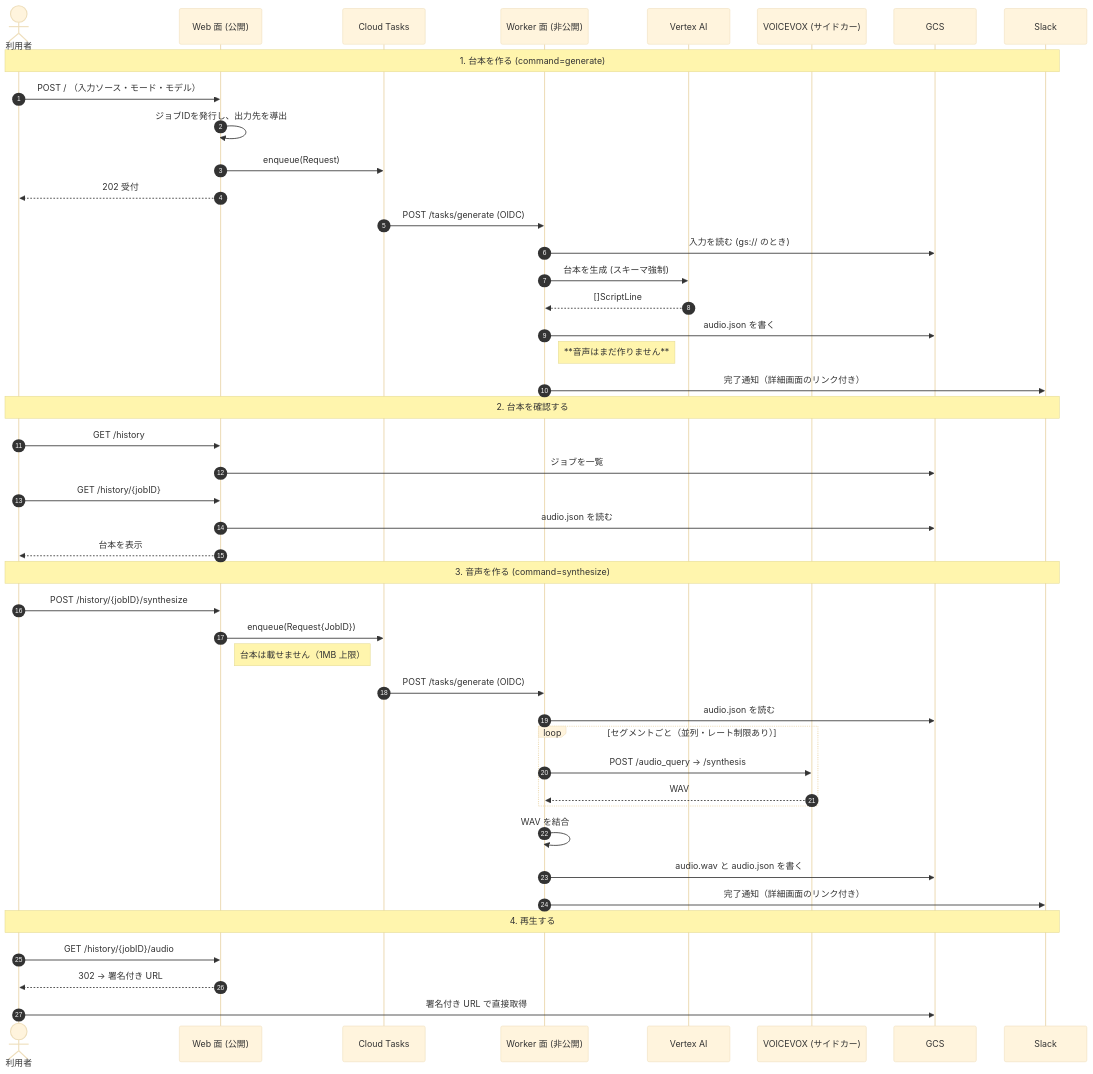
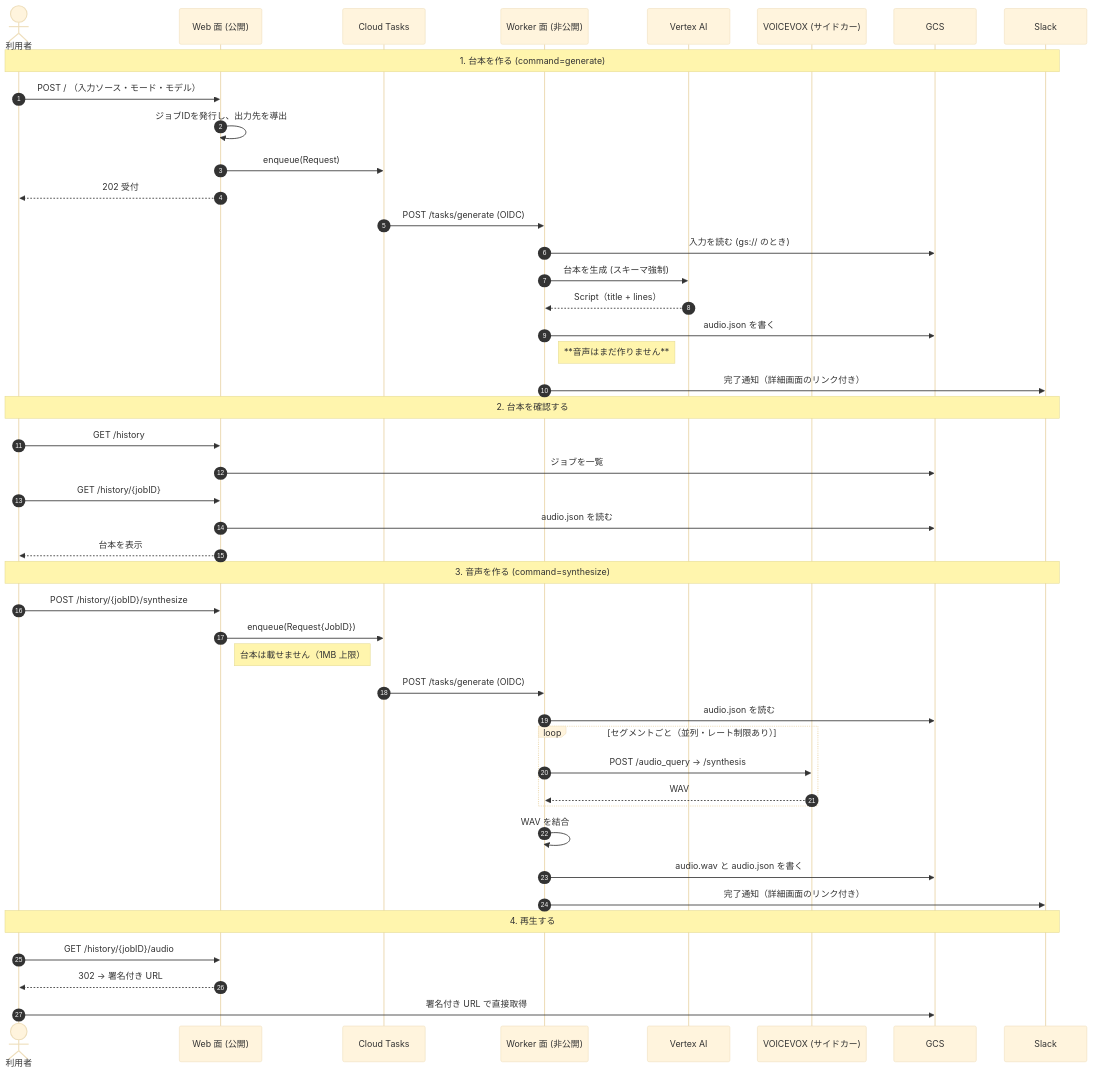
The diagram in README.md (shouni/ap-voice), drawn with Mermaid (base theme) before and after one commit. The commit also changed other lines of this file and 2 other files, not shown here.

````diff
--- a/README.md
+++ b/README.md
@@ -149,51 +149,51 @@
 ```mermaid
 sequenceDiagram
     autonumber
     actor User as 利用者
     participant Web as Web 面 (公開)
     participant Tasks as Cloud Tasks
     participant Worker as Worker 面 (非公開)
     participant Gemini as Vertex AI
     participant Engine as VOICEVOX (サイドカー)
     participant Store as GCS
     participant Slack as Slack
 
     Note over User, Slack: 1. 台本を作る (command=generate)
     User->>Web: POST / （入力ソース・モード・モデル）
     Web->>Web: ジョブIDを発行し、出力先を導出
     Web->>Tasks: enqueue(Request)
     Web-->>User: 202 受付
     Tasks->>Worker: POST /tasks/generate (OIDC)
     Worker->>Store: 入力を読む (gs:// のとき)
     Worker->>Gemini: 台本を生成 (スキーマ強制)
-    Gemini-->>Worker: []ScriptLine
+    Gemini-->>Worker: Script（title + lines）
     Worker->>Store: audio.json を書く
     Note right of Worker: **音声はまだ作りません**
     Worker->>Slack: 完了通知（詳細画面のリンク付き）
 
     Note over User, Slack: 2. 台本を確認する
     User->>Web: GET /history
     Web->>Store: ジョブを一覧
     User->>Web: GET /history/{jobID}
     Web->>Store: audio.json を読む
     Web-->>User: 台本を表示
 
     Note over User, Slack: 3. 音声を作る (command=synthesize)
     User->>Web: POST /history/{jobID}/synthesize
     Web->>Tasks: enqueue(Request{JobID})
     Note right of Web: 台本は載せません（1MB 上限）
     Tasks->>Worker: POST /tasks/generate (OIDC)
     Worker->>Store: audio.json を読む
     loop セグメントごと（並列・レート制限あり）
         Worker->>Engine: POST /audio_query → /synthesis
         Engine-->>Worker: WAV
     end
     Worker->>Worker: WAV を結合
     Worker->>Store: audio.wav と audio.json を書く
     Worker->>Slack: 完了通知（詳細画面のリンク付き）
 
     Note over User, Slack: 4. 再生する
     User->>Web: GET /history/{jobID}/audio
     Web-->>User: 302 → 署名付き URL
     User->>Store: 署名付き URL で直接取得
 ```
````
